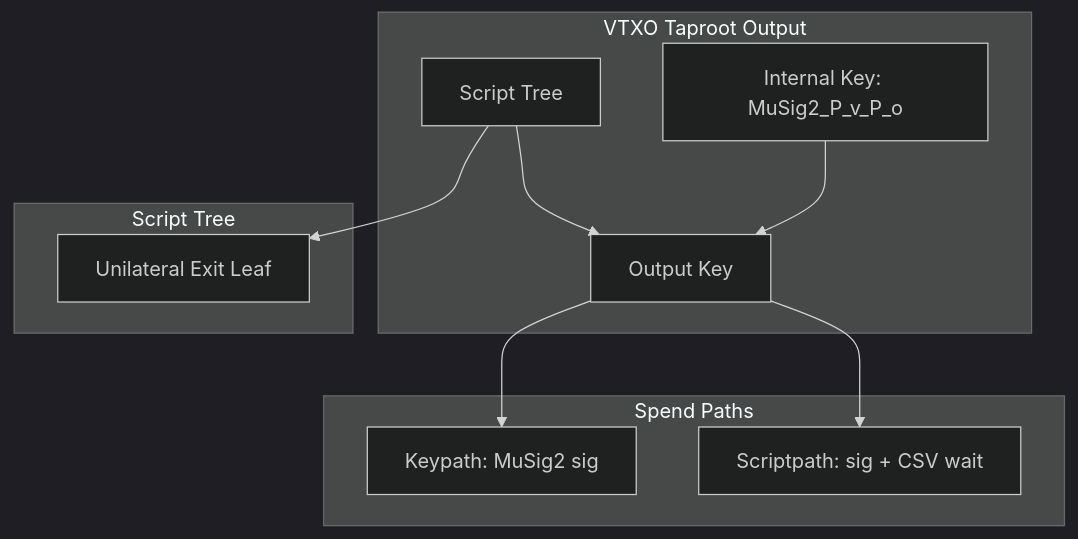
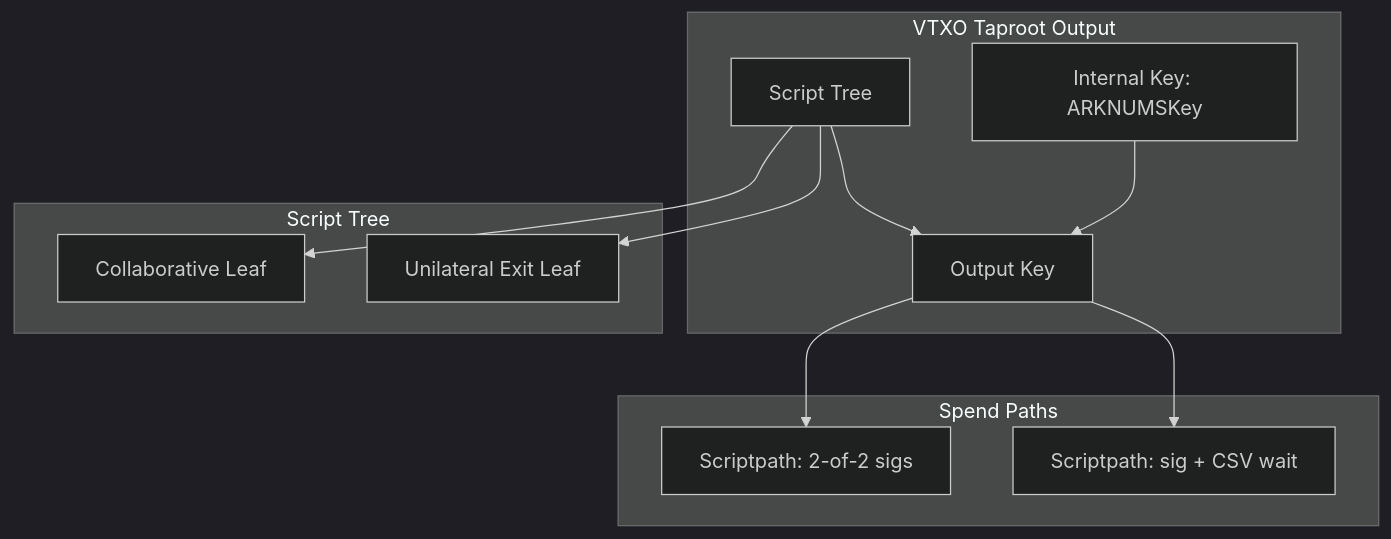
Before and after one commit to lightninglabs/wavelength: the first of 6 diagrams in docs/ark-specs/ARK-01-transactions.md, drawn with Mermaid (dark theme). The commit also changed other lines of this file and 5 other files, not shown here.

````diff
--- a/docs/ark-specs/ARK-01-transactions.md
+++ b/docs/ark-specs/ARK-01-transactions.md
@@ -183,16 +218,17 @@
 ```mermaid
 graph TD
     subgraph "VTXO Taproot Output"
-        IK[Internal Key: MuSig2_P_v_P_o] --> OK[Output Key]
+        IK[Internal Key: ARKNUMSKey] --> OK[Output Key]
         ST[Script Tree] --> OK
     end
 
     subgraph "Script Tree"
+        ST --> CL[Collaborative Leaf]
         ST --> UE[Unilateral Exit Leaf]
     end
 
     subgraph "Spend Paths"
-        OK --> KP[Keypath: MuSig2 sig]
-        OK --> SP[Scriptpath: sig + CSV wait]
+        OK --> SP1[Scriptpath: 2-of-2 sigs]
+        OK --> SP2[Scriptpath: sig + CSV wait]
     end
 ```
````
